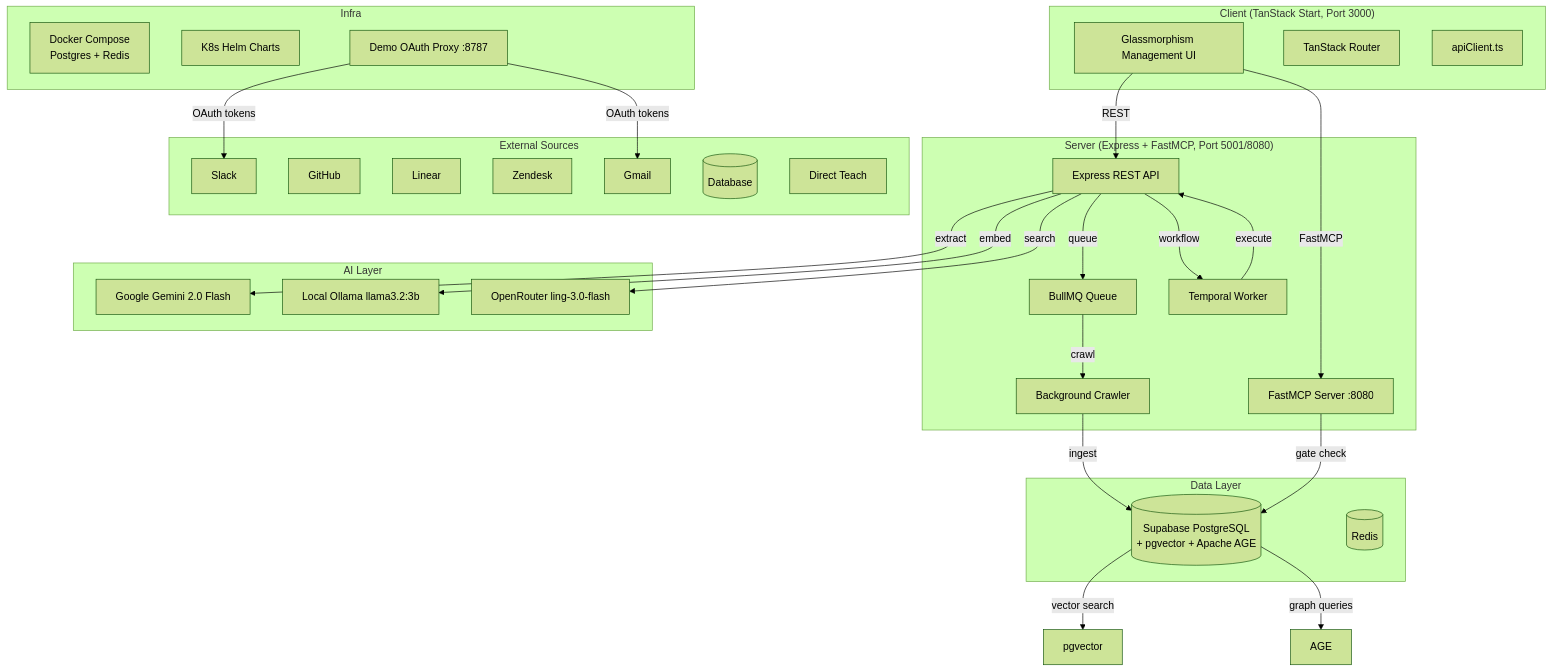
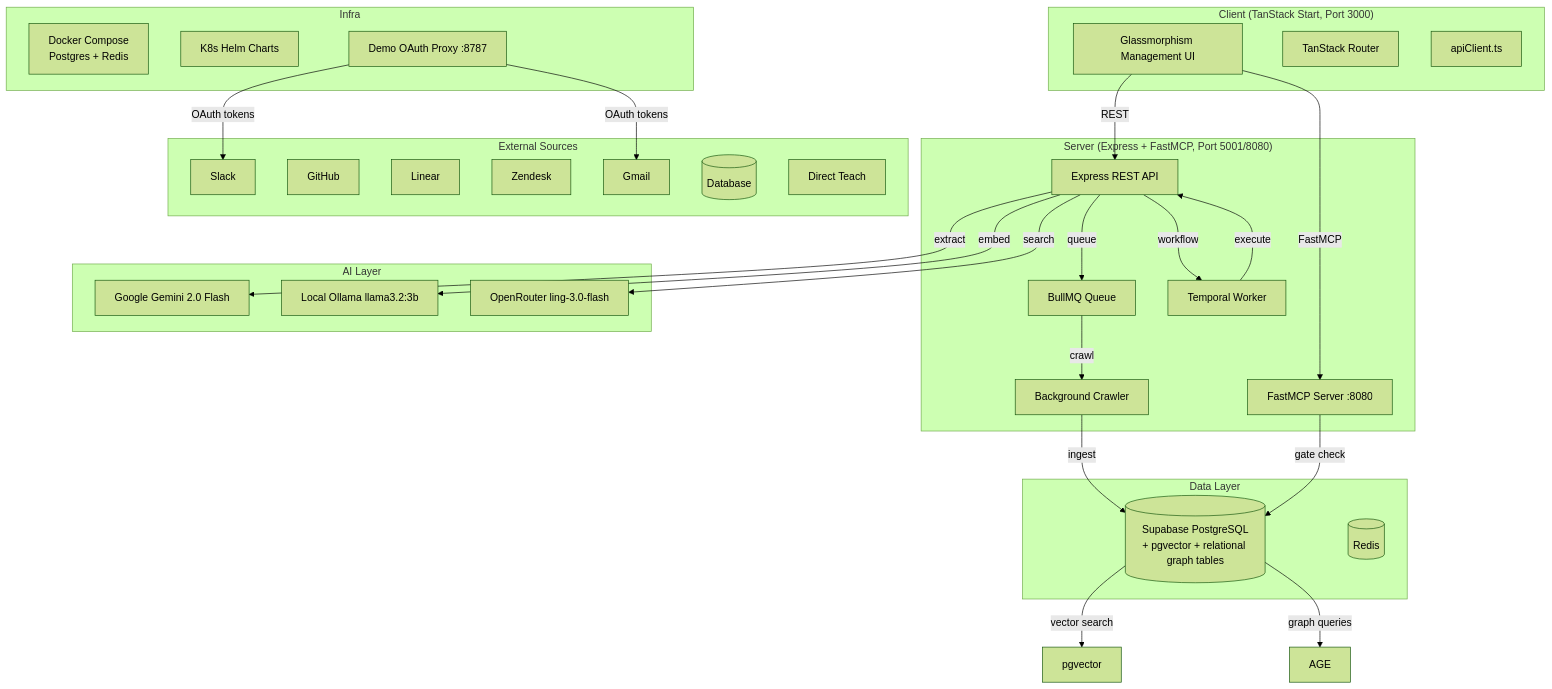
The first of 17 diagrams in ARCHITECTURE.md (AryanPatil5/CompanyBrain), drawn with Mermaid (forest theme) before and after one commit. The commit also changed other lines of this file and 172 other files, not shown here.

````diff
--- a/ARCHITECTURE.md
+++ b/ARCHITECTURE.md
@@ -9,59 +9,59 @@
 ```mermaid
 graph TB
     subgraph "Client (TanStack Start, Port 3000)"
         UI[Glassmorphism Management UI]
         Router[TanStack Router]
         API[apiClient.ts]
     end
 
     subgraph "Server (Express + FastMCP, Port 5001/8080)"
         Express[Express REST API]
         FastMCP[FastMCP Server :8080]
         BullMQ[BullMQ Queue]
         Temporal[Temporal Worker]
         Crawler[Background Crawler]
     end
 
     subgraph "AI Layer"
         Gemini[Google Gemini 2.0 Flash]
         Ollama[Local Ollama llama3.2:3b]
         OpenRouter[OpenRouter ling-3.0-flash]
     end
 
     subgraph "Data Layer"
-        Supabase[(Supabase PostgreSQL<br/>+ pgvector + Apache AGE)]
+        Supabase[(Supabase PostgreSQL<br/>+ pgvector + relational graph tables)]
         Redis[(Redis)]
     end
 
     subgraph "External Sources"
         Slack[Slack]
         GitHub[GitHub]
         Linear[Linear]
         Zendesk[Zendesk]
         Gmail[Gmail]
         Database[(Database)]
         Teach[Direct Teach]
     end
 
     subgraph "Infra"
         Docker[Docker Compose<br/>Postgres + Redis]
         Helm[K8s Helm Charts]
         DemoProxy[Demo OAuth Proxy :8787]
     end
 
     UI -->|REST| Express
     UI -->|FastMCP| FastMCP
     Express -->|extract| Gemini
     Express -->|embed| Ollama
     Express -->|search| OpenRouter
     Express -->|queue| BullMQ
     Express -->|workflow| Temporal
     BullMQ -->|crawl| Crawler
     Crawler -->|ingest| Supabase
     Temporal -->|execute| Express
     FastMCP -->|gate check| Supabase
     Supabase -->|vector search| pgvector
     Supabase -->|graph queries| AGE
     DemoProxy -->|OAuth tokens| Slack
     DemoProxy -->|OAuth tokens| Gmail
 ```
````
